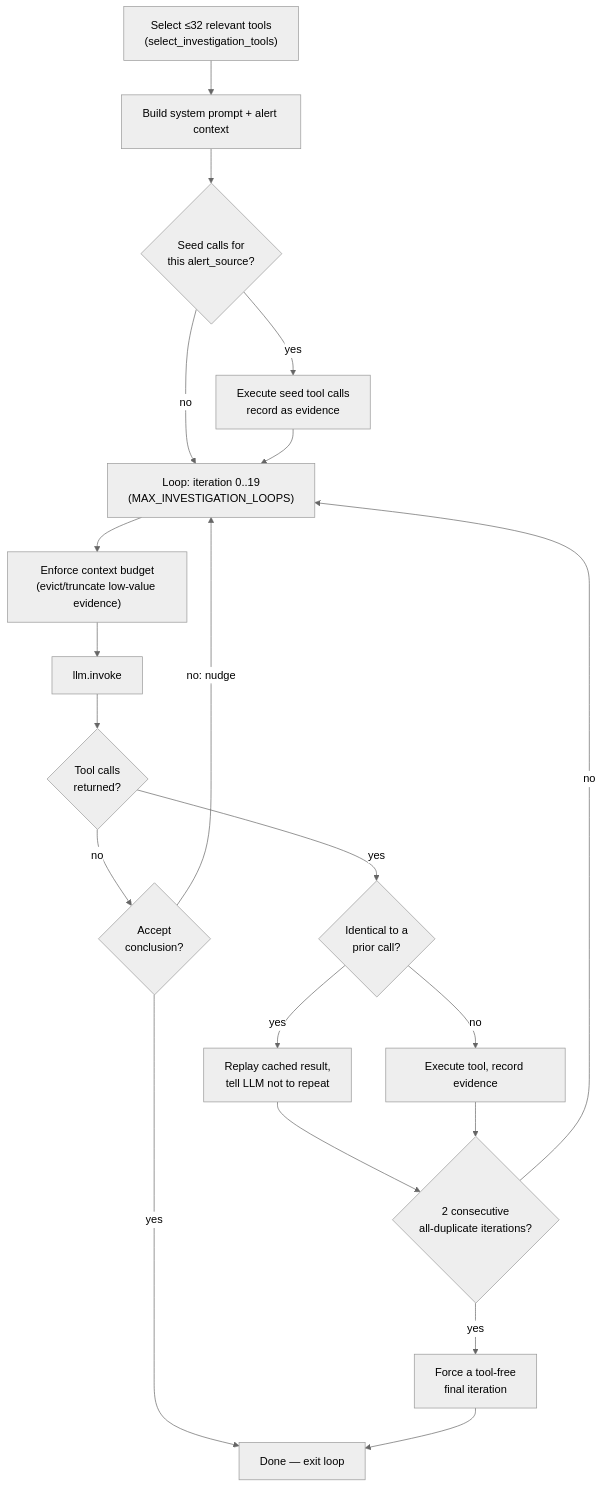
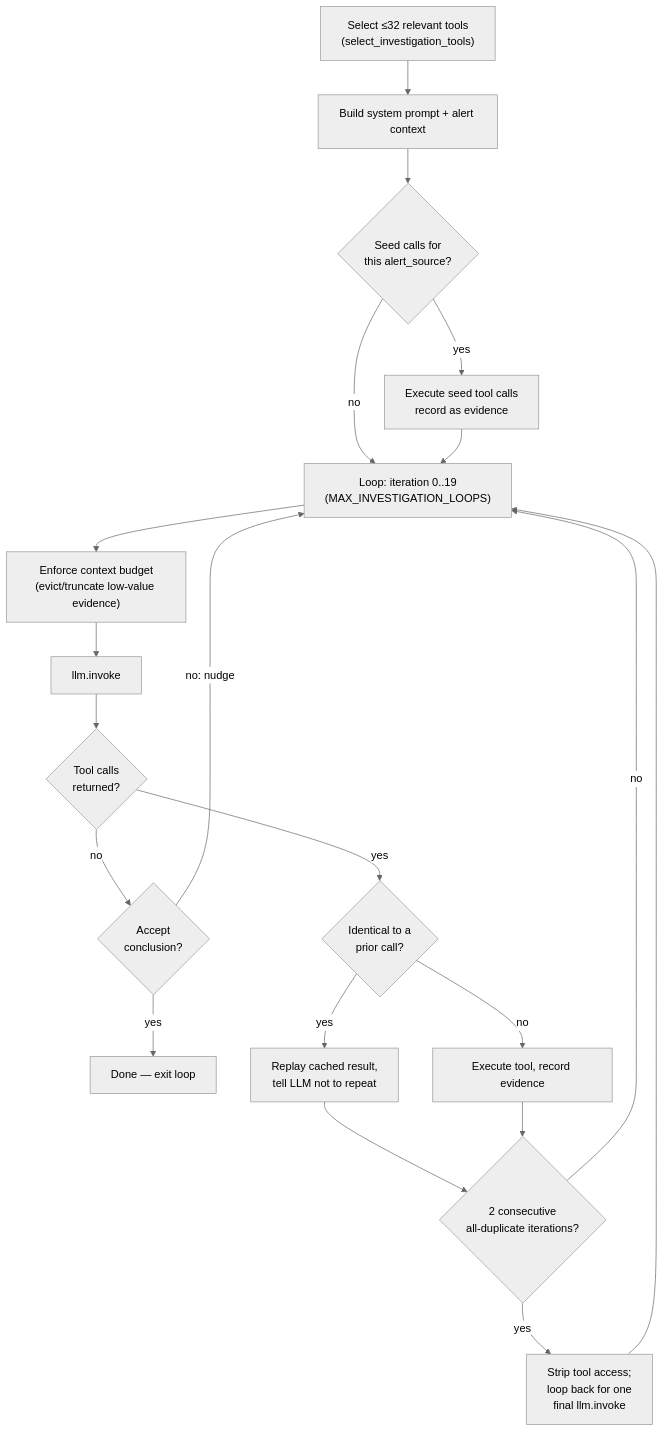
One commit to Tracer-Cloud/open-sre-agent changed the second of 2 diagrams in docs/investigation-pipeline-architecture.md. Above: the diagram before and after it, drawn with Mermaid (neutral theme). The commit also changed other lines of this file, not shown here.

````diff
--- a/docs/investigation-pipeline-architecture.md
+++ b/docs/investigation-pipeline-architecture.md
@@ -76,22 +77,22 @@
 ```mermaid
 flowchart TD
     S0["Select ≤32 relevant tools\n(select_investigation_tools)"] --> S1[Build system prompt + alert context]
     S1 --> S2{Seed calls for\nthis alert_source?}
     S2 -->|yes| S3["Execute seed tool calls\nrecord as evidence"]
     S2 -->|no| S4
     S3 --> S4["Loop: iteration 0..19\n(MAX_INVESTIGATION_LOOPS)"]
     S4 --> S5["Enforce context budget\n(evict/truncate low-value evidence)"]
     S5 --> S6[llm.invoke]
     S6 --> S7{Tool calls\nreturned?}
     S7 -->|no| S8{Accept\nconclusion?}
     S8 -->|yes| S9[Done — exit loop]
     S8 -->|no: nudge| S4
     S7 -->|yes| S10{Identical to a\nprior call?}
     S10 -->|yes| S11["Replay cached result,\ntell LLM not to repeat"]
     S10 -->|no| S12[Execute tool, record evidence]
     S11 --> S13{2 consecutive\nall-duplicate iterations?}
     S12 --> S13
-    S13 -->|yes| S14["Force a tool-free\nfinal iteration"]
+    S13 -->|yes| S14["Strip tool access;\nloop back for one\nfinal llm.invoke"]
     S13 -->|no| S4
-    S14 --> S9
+    S14 --> S4
 ```
````
